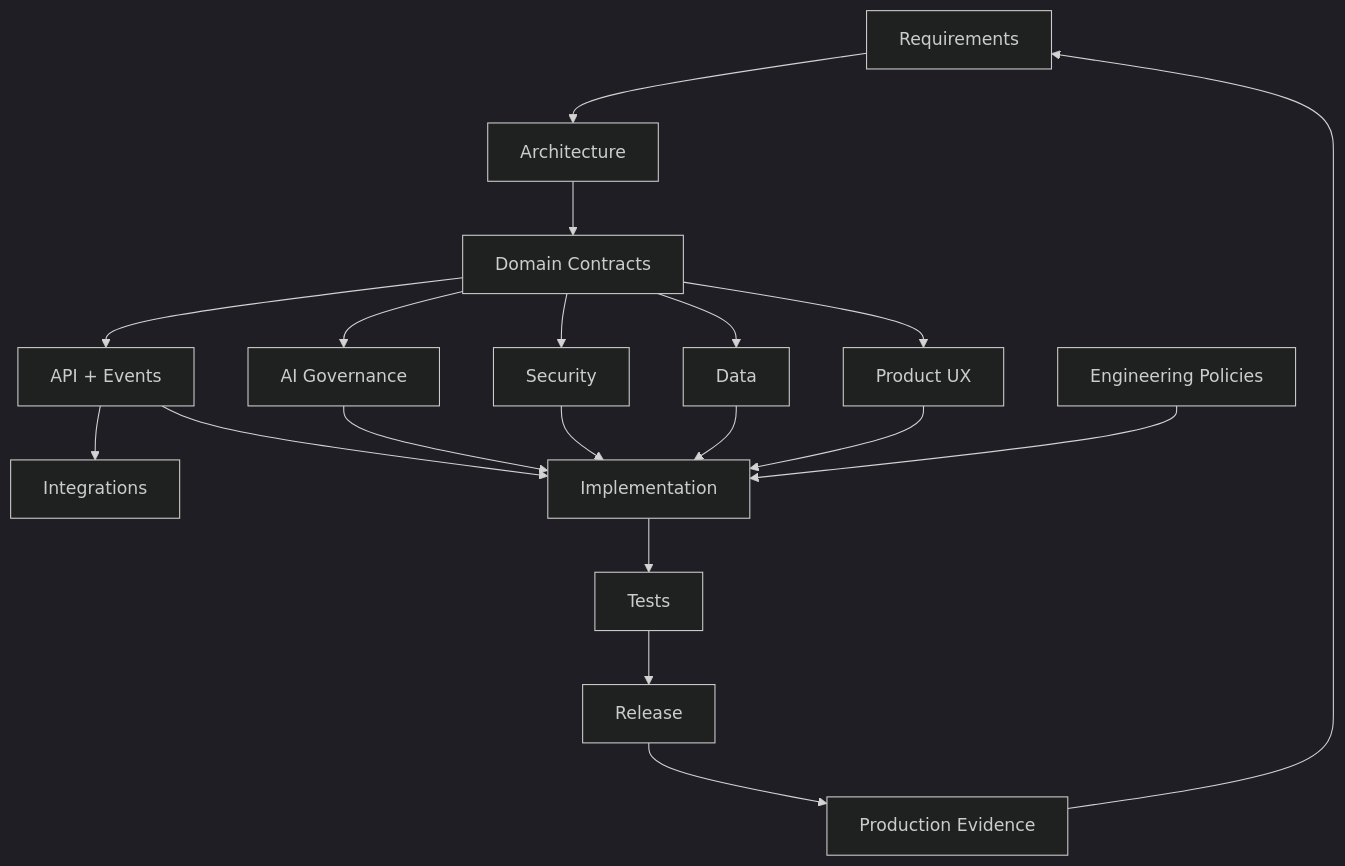
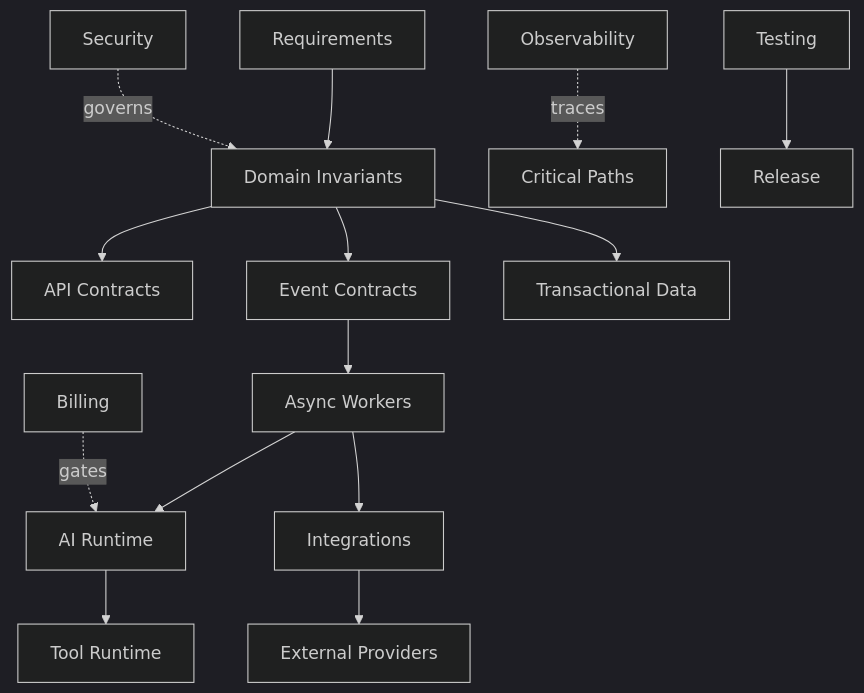
One commit to D-engahmed/OMILINKS changed the diagram in docs/README.md. Above: the diagram before and after it, drawn with Mermaid (dark theme). The commit also changed other lines of this file, not shown here.

Commit message:
docs: refresh documentation map and engineering standards

```diff
--- a/docs/README.md
+++ b/docs/README.md
@@ -72,21 +59,16 @@
 ~~~mermaid
 flowchart TB
-REQ[Requirements] --> ARCH[Architecture]
-ARCH --> DOMAIN[Domain Contracts]
-DOMAIN --> API[API + Events]
-API --> INT[Integrations]
-DOMAIN --> AI[AI Governance]
-DOMAIN --> SEC[Security]
-DOMAIN --> DATA[Data]
-DOMAIN --> UX[Product UX]
-ALL[Engineering Policies] --> BUILD[Implementation]
-API --> BUILD
-AI --> BUILD
-SEC --> BUILD
-DATA --> BUILD
-UX --> BUILD
-BUILD --> TEST[Tests]
-TEST --> RELEASE[Release]
-RELEASE --> OBS[Production Evidence]
-OBS --> REQ
+REQ[Requirements] --> DOMAIN[Domain Invariants]
+DOMAIN --> API[API Contracts]
+DOMAIN --> EVT[Event Contracts]
+EVT --> WORK[Async Workers]
+DOMAIN --> DATA[Transactional Data]
+WORK --> AI[AI Runtime]
+WORK --> INT[Integrations]
+AI --> TOOLS[Tool Runtime]
+INT --> EXT[External Providers]
+SEC[Security] -. governs .-> DOMAIN
+BILL[Billing] -. gates .-> AI
+OBS[Observability] -. traces .-> ALL[Critical Paths]
+TEST[Testing] --> RELEASE[Release]
 ~~~
```
